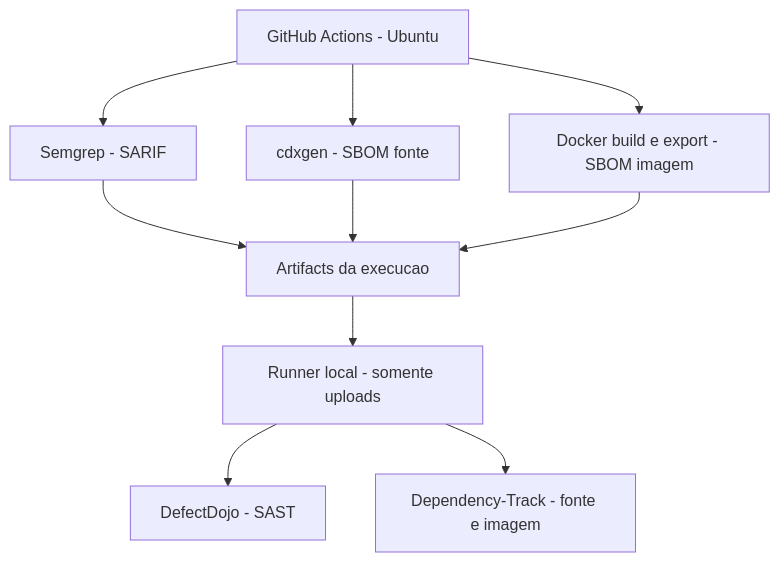
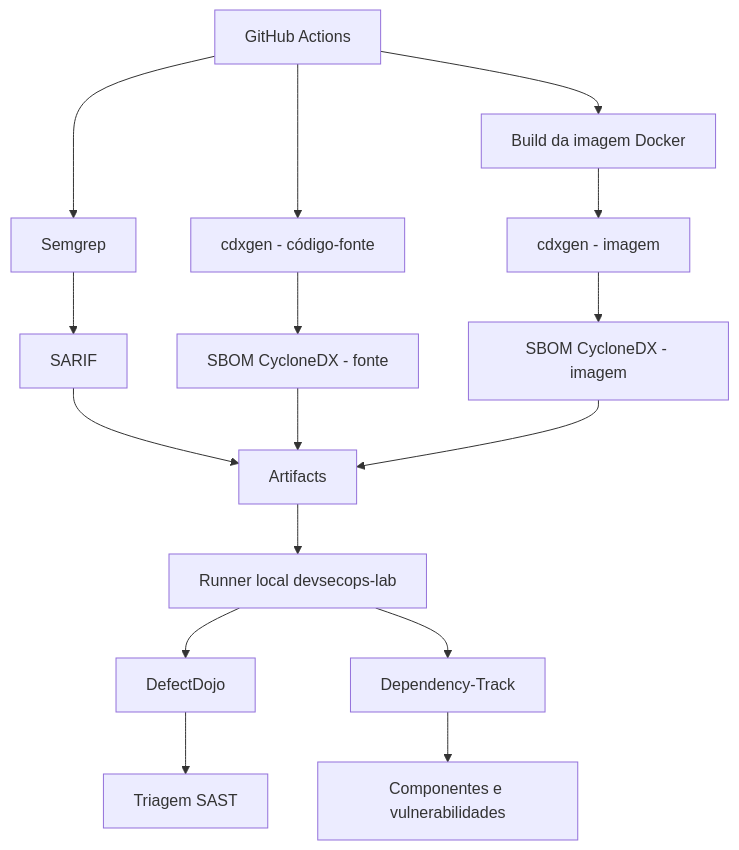
Before and after one commit to jandersonsiqueira/trabalho-final-unifor: the diagram in docs/RELATORIO.md, drawn with Mermaid. The commit also changed other lines of this file and 7 other files, not shown here.

````diff
--- a/docs/RELATORIO.md
+++ b/docs/RELATORIO.md
@@ -26,12 +37,23 @@
 ```mermaid
 flowchart TD
-  A[GitHub Actions - Ubuntu] --> B[Semgrep - SARIF]
-  A --> C[cdxgen - SBOM fonte]
-  A --> D[Docker build e export - SBOM imagem]
-  B --> E[Artifacts da execucao]
-  C --> E
-  D --> E
-  E --> F[Runner local - somente uploads]
-  F --> G[DefectDojo - SAST]
-  F --> H[Dependency-Track - fonte e imagem]
+    A[GitHub Actions] --> B[Semgrep]
+    A --> C[cdxgen - código-fonte]
+    A --> D[Build da imagem Docker]
+    D --> E[cdxgen - imagem]
+
+    B --> F[SARIF]
+    C --> G[SBOM CycloneDX - fonte]
+    E --> H[SBOM CycloneDX - imagem]
+
+    F --> I[Artifacts]
+    G --> I
+    H --> I
+
+    I --> J[Runner local devsecops-lab]
+
+    J --> K[DefectDojo]
+    J --> L[Dependency-Track]
+
+    K --> M[Triagem SAST]
+    L --> N[Componentes e vulnerabilidades]
 ```
````
